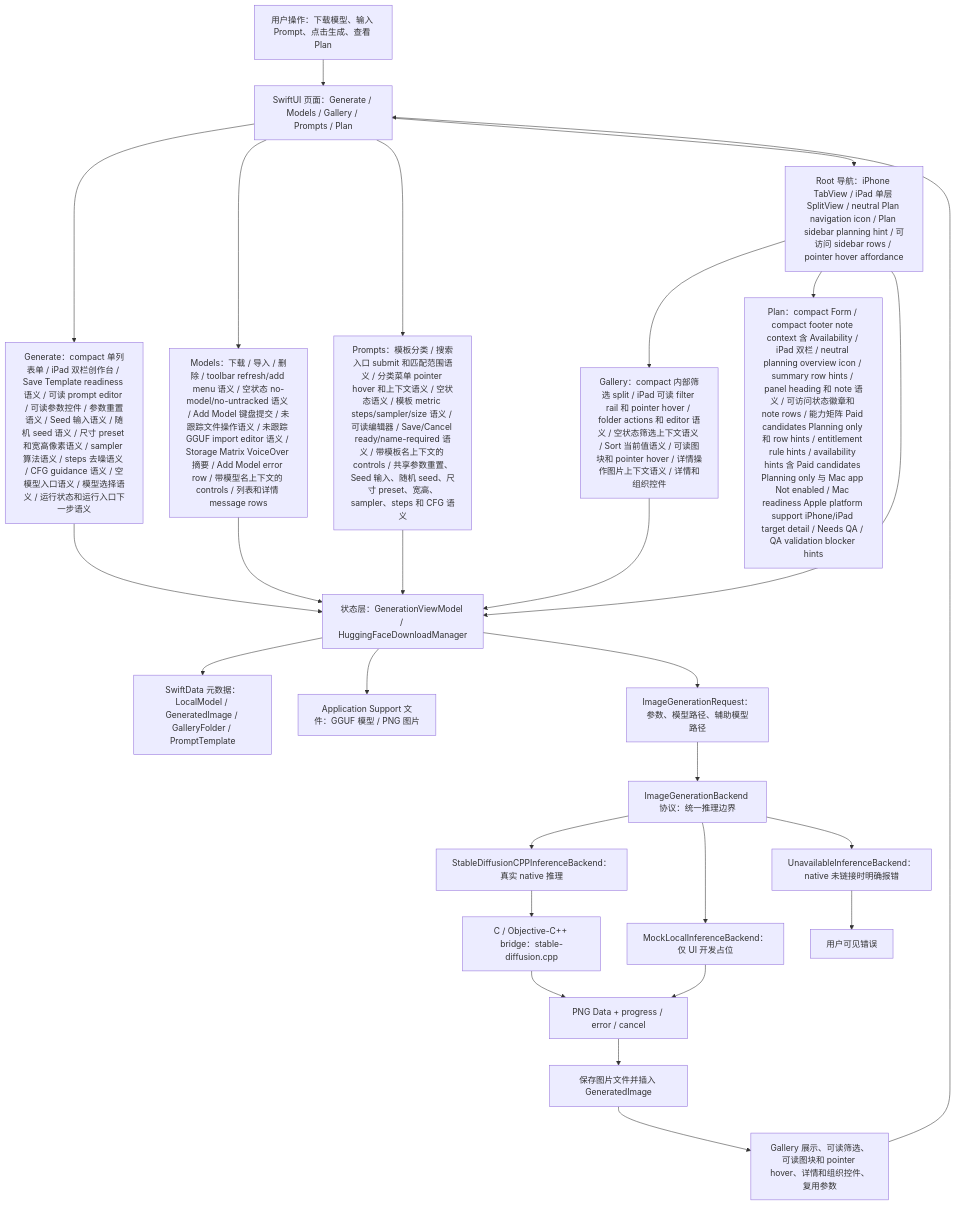
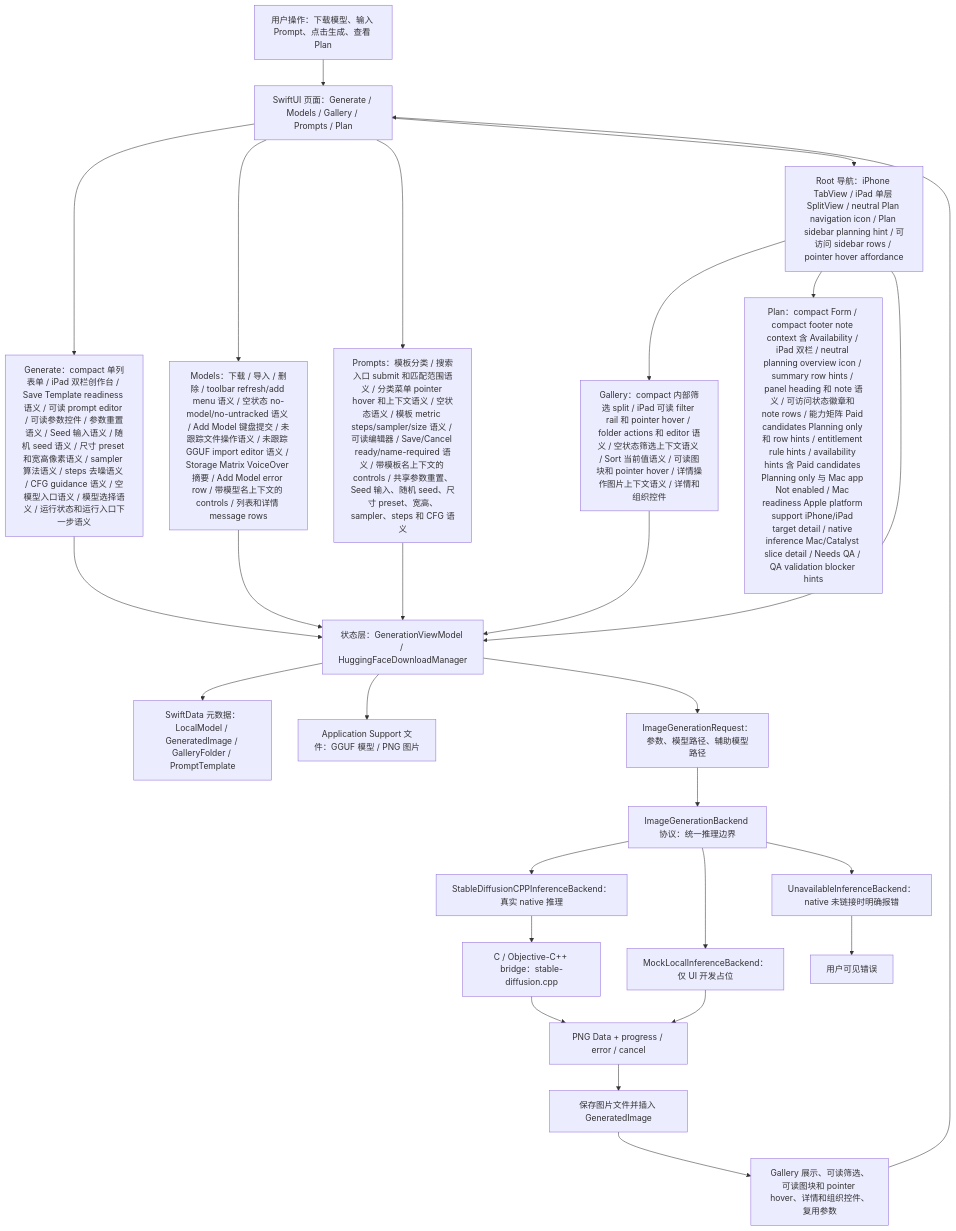
The first of 7 diagrams in md/flow/flowchart.md (Altman-sam114/118), drawn with Mermaid before and after one commit. The commit also changed 5 other files, not shown here.

First line of the commit message:
v1.78: Mac native backend detail copy

````diff
--- a/md/flow/flowchart.md
+++ b/md/flow/flowchart.md
@@ -9,29 +9,29 @@
 ```mermaid
 flowchart TD
   U["用户操作：下载模型、输入 Prompt、点击生成、查看 Plan"] --> UI["SwiftUI 页面：Generate / Models / Gallery / Prompts / Plan"]
   UI --> GENUI["Generate：compact 单列表单 / iPad 双栏创作台 / Save Template readiness 语义 / 可读 prompt editor / 可读参数控件 / 参数重置语义 / Seed 输入语义 / 随机 seed 语义 / 尺寸 preset 和宽高像素语义 / sampler 算法语义 / steps 去噪语义 / CFG guidance 语义 / 空模型入口语义 / 模型选择语义 / 运行状态和运行入口下一步语义"]
   UI --> MODELUI["Models：下载 / 导入 / 删除 / toolbar refresh/add menu 语义 / 空状态 no-model/no-untracked 语义 / Add Model 键盘提交 / 未跟踪文件操作语义 / 未跟踪 GGUF import editor 语义 / Storage Matrix VoiceOver 摘要 / Add Model error row / 带模型名上下文的 controls / 列表和详情 message rows"]
   UI --> PROMPTUI["Prompts：模板分类 / 搜索入口 submit 和匹配范围语义 / 分类菜单 pointer hover 和上下文语义 / 空状态语义 / 模板 metric steps/sampler/size 语义 / 可读编辑器 / Save/Cancel ready/name-required 语义 / 带模板名上下文的 controls / 共享参数重置、Seed 输入、随机 seed、尺寸 preset、宽高、sampler、steps 和 CFG 语义"]
   UI --> NAV["Root 导航：iPhone TabView / iPad 单层 SplitView / neutral Plan navigation icon / Plan sidebar planning hint / 可访问 sidebar rows / pointer hover affordance"]
   NAV --> GALUI["Gallery：compact 内部筛选 split / iPad 可读 filter rail 和 pointer hover / folder actions 和 editor 语义 / 空状态筛选上下文语义 / Sort 当前值语义 / 可读图块和 pointer hover / 详情操作图片上下文语义 / 详情和组织控件"]
-  NAV --> PLANUI["Plan：compact Form / compact footer note context 含 Availability / iPad 双栏 / neutral planning overview icon / summary row hints / panel heading 和 note 语义 / 可访问状态徽章和 note rows / 能力矩阵 Paid candidates Planning only 和 row hints / entitlement rule hints / availability hints 含 Paid candidates Planning only 与 Mac app Not enabled / Mac readiness Apple platform support iPhone/iPad target detail / Needs QA / QA validation blocker hints"]
+  NAV --> PLANUI["Plan：compact Form / compact footer note context 含 Availability / iPad 双栏 / neutral planning overview icon / summary row hints / panel heading 和 note 语义 / 可访问状态徽章和 note rows / 能力矩阵 Paid candidates Planning only 和 row hints / entitlement rule hints / availability hints 含 Paid candidates Planning only 与 Mac app Not enabled / Mac readiness Apple platform support iPhone/iPad target detail / native inference Mac/Catalyst slice detail / Needs QA / QA validation blocker hints"]
   NAV --> VM["状态层：GenerationViewModel / HuggingFaceDownloadManager"]
   GENUI --> VM
   MODELUI --> VM
   PROMPTUI --> VM
   GALUI --> VM
   VM --> SD["SwiftData 元数据：LocalModel / GeneratedImage / GalleryFolder / PromptTemplate"]
   VM --> FS["Application Support 文件：GGUF 模型 / PNG 图片"]
   VM --> REQ["ImageGenerationRequest：参数、模型路径、辅助模型路径"]
   REQ --> IFACE["ImageGenerationBackend 协议：统一推理边界"]
   IFACE --> NATIVE["StableDiffusionCPPInferenceBackend：真实 native 推理"]
   IFACE --> MOCK["MockLocalInferenceBackend：仅 UI 开发占位"]
   IFACE --> OFF["UnavailableInferenceBackend：native 未链接时明确报错"]
   NATIVE --> BRIDGE["C / Objective-C++ bridge：stable-diffusion.cpp"]
   BRIDGE --> PNG["PNG Data + progress / error / cancel"]
   MOCK --> PNG
   OFF --> ERR["用户可见错误"]
   PNG --> SAVE["保存图片文件并插入 GeneratedImage"]
   SAVE --> GALLERY["Gallery 展示、可读筛选、可读图块和 pointer hover、详情和组织控件、复用参数"]
   GALLERY --> UI
 ```
````
